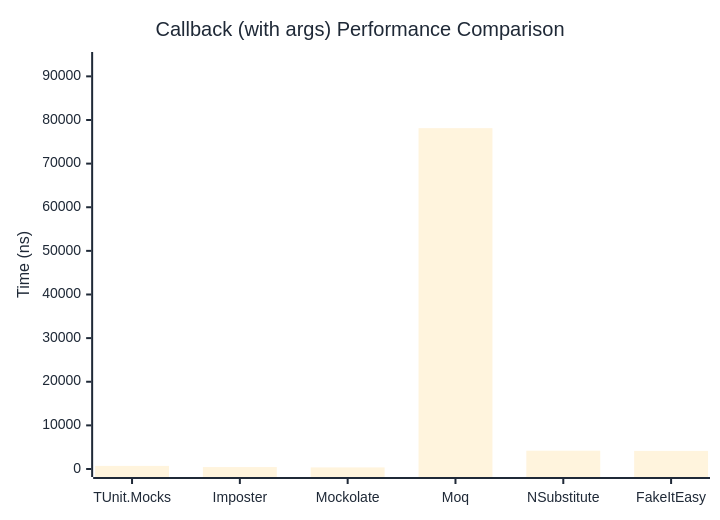
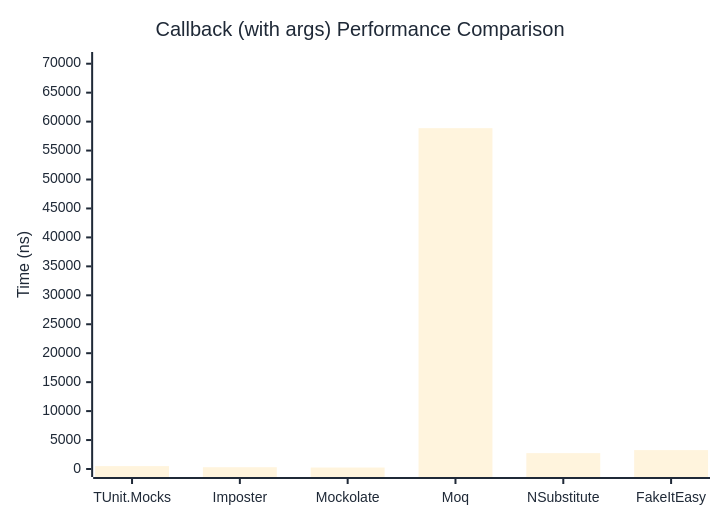
The second of 2 diagrams in docs/docs/benchmarks/mocks/Callback.md (thomhurst/TUnit), drawn with Mermaid before and after one commit. The commit also changed other lines of this file and 14 other files, not shown here.

````diff
--- a/docs/docs/benchmarks/mocks/Callback.md
+++ b/docs/docs/benchmarks/mocks/Callback.md
@@ -71,27 +71,27 @@
 ```mermaid
 %%{init: {
   'theme':'base',
   'themeVariables': {
     'primaryColor': '#2563eb',
     'primaryTextColor': '#1f2937',
     'primaryBorderColor': '#1e40af',
     'lineColor': '#6b7280',
     'secondaryColor': '#7c3aed',
     'tertiaryColor': '#dc2626',
     'background': '#ffffff',
     'pie1': '#2563eb',
     'pie2': '#7c3aed',
     'pie3': '#dc2626',
     'pie4': '#f59e0b',
     'pie5': '#10b981',
     'pie6': '#06b6d4',
     'pie7': '#ec4899',
     'pie8': '#6366f1'
   }
 }}%%
 xychart-beta
   title "Callback (with args) Performance Comparison"
   x-axis ["TUnit.Mocks", "Imposter", "Mockolate", "Moq", "NSubstitute", "FakeItEasy"]
-  y-axis "Time (ns)" 0 --> 93749
-  bar [711.7, 442.6, 364.2, 78123.7, 4192, 4148.2]
+  y-axis "Time (ns)" 0 --> 70641
+  bar [498.9, 309.4, 253.9, 58866.9, 2741.8, 3266.3]
 ```
````
